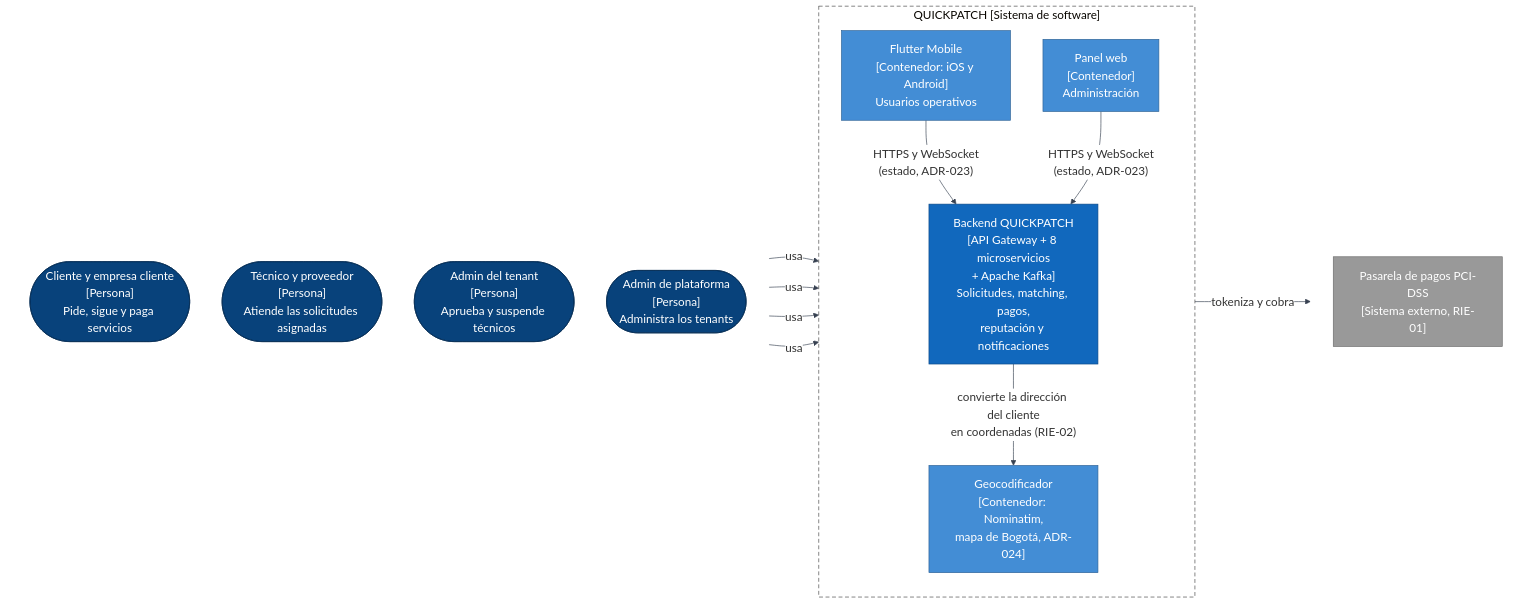
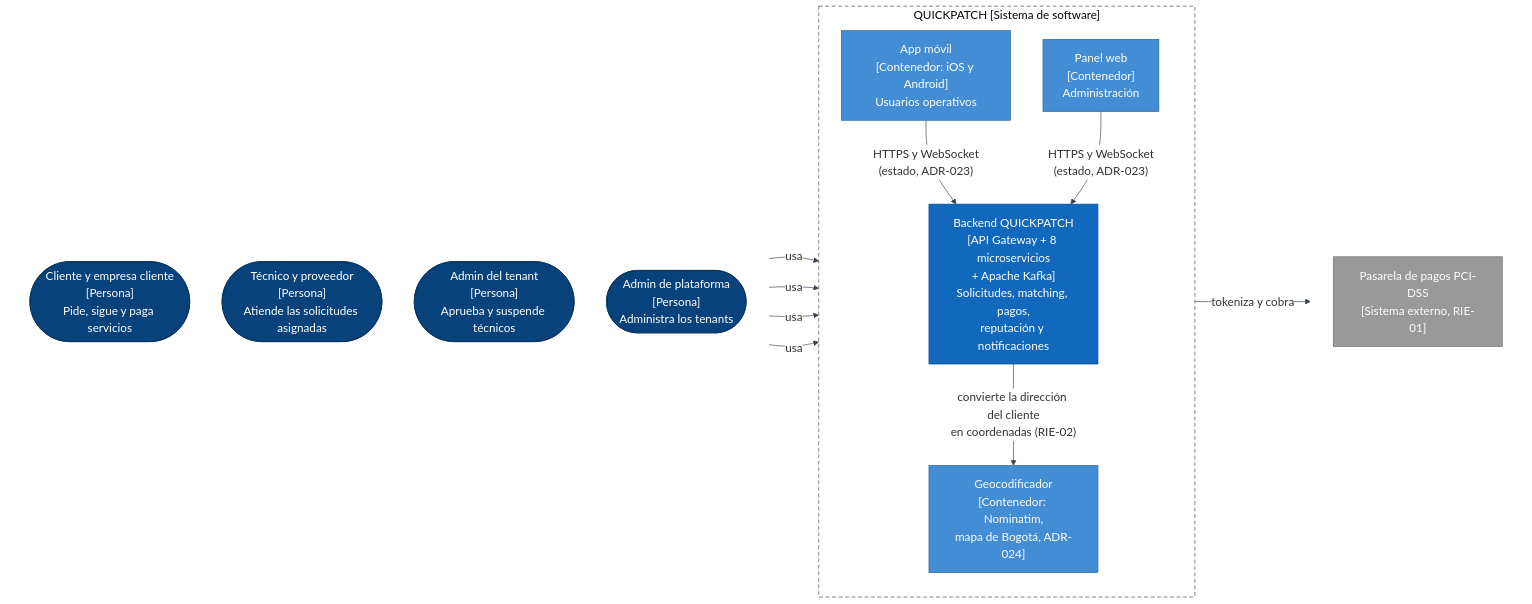
The first of 4 diagrams in docs/architecture/SAD.md (ARQUI-202630/quickpatch), drawn with Mermaid before and after one commit. The commit also changed other lines of this file and 16 other files, not shown here.

First line of the commit message:
docs(c4): quitar Flutter de los diagramas (SCRUM-468)

````diff
--- a/docs/architecture/SAD.md
+++ b/docs/architecture/SAD.md
@@ -886,45 +886,45 @@
 ```mermaid
 %%{init: {'theme':'base','themeVariables':{'lineColor':'#374151','textColor':'#111827','edgeLabelBackground':'#ffffff','fontSize':'18px'}}}%%
 flowchart LR
     subgraph PER[" "]
         direction TB
         P1(["Cliente y empresa cliente<br/>[Persona]<br/>Pide, sigue y paga servicios"])
         P2(["Técnico y proveedor<br/>[Persona]<br/>Atiende las solicitudes asignadas"])
         P3(["Admin del tenant<br/>[Persona]<br/>Aprueba y suspende técnicos"])
         P4(["Admin de plataforma<br/>[Persona]<br/>Administra los tenants"])
     end
 
     subgraph SIS["QUICKPATCH [Sistema de software]"]
         direction TB
-        MOB["Flutter Mobile<br/>[Contenedor: iOS y Android]<br/>Usuarios operativos"]
+        MOB["App móvil<br/>[Contenedor: iOS y Android]<br/>Usuarios operativos"]
         WEB["Panel web<br/>[Contenedor]<br/>Administración"]
         CORE["Backend QUICKPATCH<br/>[API Gateway + 8 microservicios<br/>+ Apache Kafka]<br/>Solicitudes, matching, pagos,<br/>reputación y notificaciones"]
         GEO["Geocodificador<br/>[Contenedor: Nominatim,<br/>mapa de Bogotá, ADR-024]"]
     end
 
     subgraph EXT[" "]
         direction TB
         PAY["Pasarela de pagos PCI-DSS<br/>[Sistema externo, RIE-01]"]
     end
 
     P1 -->|"usa"| MOB
     P2 -->|"usa"| MOB
     P3 -->|"usa"| WEB
     P4 -->|"usa"| WEB
     MOB -->|"HTTPS y WebSocket<br/>(estado, ADR-023)"| CORE
     WEB -->|"HTTPS y WebSocket<br/>(estado, ADR-023)"| CORE
     CORE -->|"tokeniza y cobra"| PAY
     CORE -->|"convierte la dirección del cliente<br/>en coordenadas (RIE-02)"| GEO
 
     classDef persona fill:#08427b,stroke:#052e56,color:#ffffff
     classDef contenedor fill:#438dd5,stroke:#2e6295,color:#ffffff
     classDef sistema fill:#1168bd,stroke:#0b4884,color:#ffffff
     classDef externo fill:#999999,stroke:#6b6b6b,color:#ffffff
     class P1,P2,P3,P4 persona
     class MOB,WEB,GEO contenedor
     class CORE sistema
     class PAY externo
     style PER fill:#ffffff,stroke:#ffffff
     style EXT fill:#ffffff,stroke:#ffffff
     style SIS fill:#ffffff,stroke:#444444,stroke-dasharray:6 4
 ```
````
